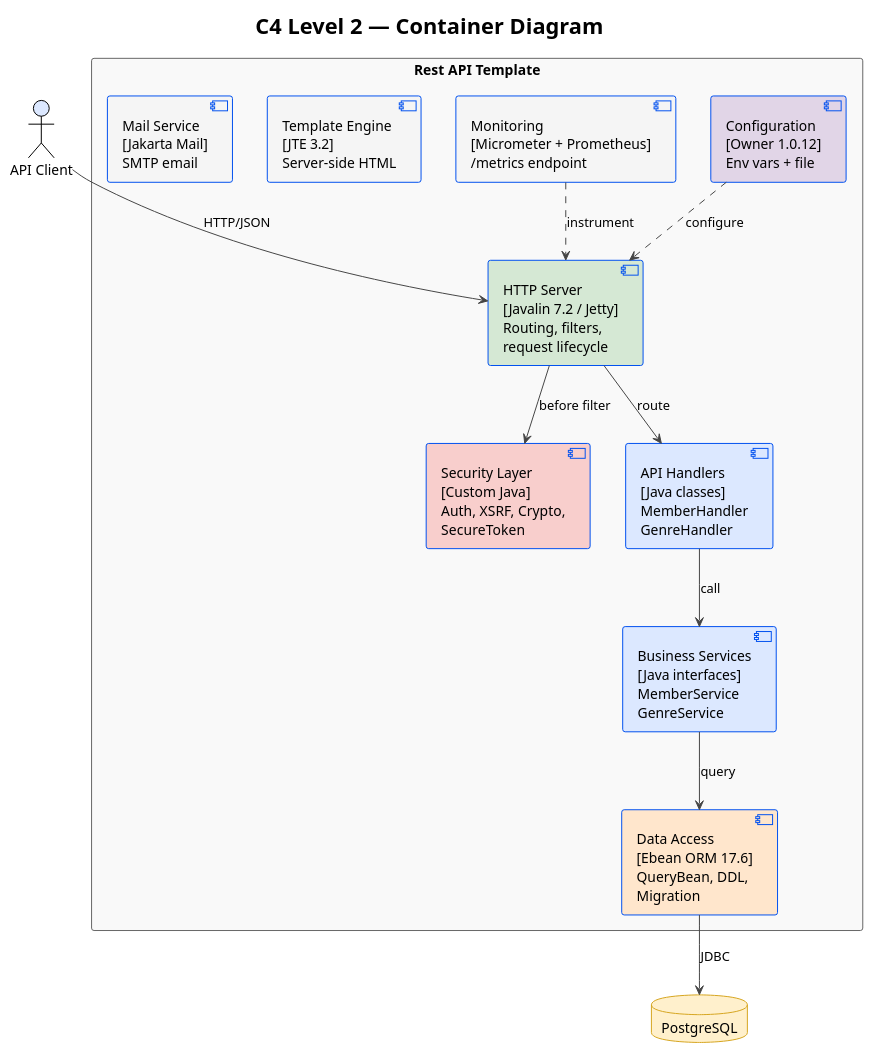
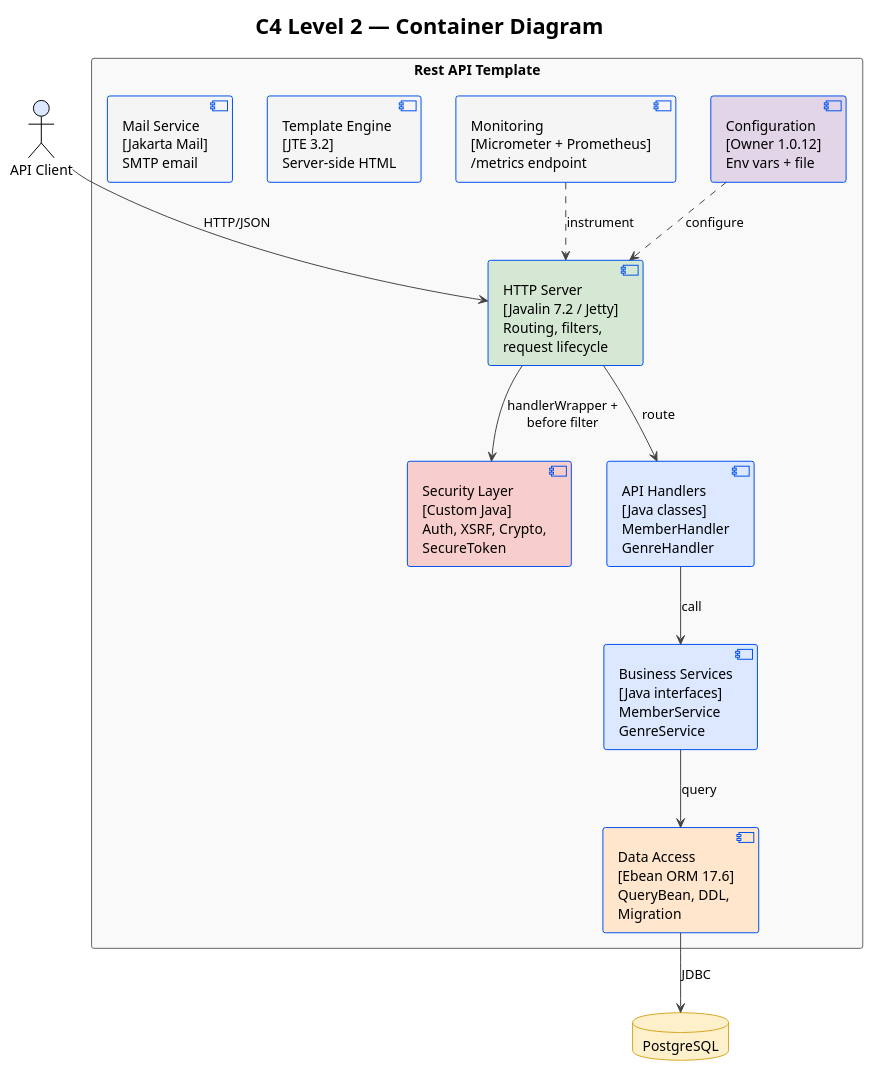
One commit to batzorigt/rest-api-template changed the second of 8 diagrams in docs/architecture.md. Above: the diagram before and after it, drawn with PlantUML. The commit also changed other lines of this file and 3 other files, not shown here.

````diff
--- a/docs/architecture.md
+++ b/docs/architecture.md
@@ -83,56 +83,56 @@
 ```plantuml
 @startuml C4_Container
 !theme plain
 skinparam rectangle {
   BorderColor #666666
   BackgroundColor #f9f9f9
 }
 skinparam component {
   BorderColor #0050ef
   BackgroundColor #dce8ff
 }
 skinparam database {
   BorderColor #d6a520
   BackgroundColor #fff0cc
 }
 skinparam ArrowColor #444444
 
 title C4 Level 2 — Container Diagram
 
 actor "API Client" as client #dce8ff
 
 rectangle "Rest API Template" as boundary {
 
   component "HTTP Server\n[Javalin 7.2 / Jetty]\nRouting, filters,\nrequest lifecycle" as http #d5e8d4
 
   component "Security Layer\n[Custom Java]\nAuth, XSRF, Crypto,\nSecureToken" as security #f8cecc
 
   component "API Handlers\n[Java classes]\nMemberHandler\nGenreHandler" as handlers #dce8ff
 
   component "Business Services\n[Java interfaces]\nMemberService\nGenreService" as services #dce8ff
 
   component "Data Access\n[Ebean ORM 17.6]\nQueryBean, DDL,\nMigration" as orm #ffe6cc
 
   component "Configuration\n[Owner 1.0.12]\nEnv vars + file" as config #e1d5e7
 
   component "Monitoring\n[Micrometer + Prometheus]\n/metrics endpoint" as monitoring #f5f5f5
 
   component "Template Engine\n[JTE 3.2]\nServer-side HTML" as jte #f5f5f5
 
   component "Mail Service\n[Jakarta Mail]\nSMTP email" as mail #f5f5f5
 
 }
 
 database "PostgreSQL" as db #fff0cc
 
 client --> http : "HTTP/JSON"
-http --> security : "before filter"
+http --> security : "handlerWrapper +\nbefore filter"
 http --> handlers : "route"
 handlers --> services : "call"
 services --> orm : "query"
 orm --> db : "JDBC"
 config ..> http : "configure"
 monitoring ..> http : "instrument"
 
 @enduml
 ```
````
